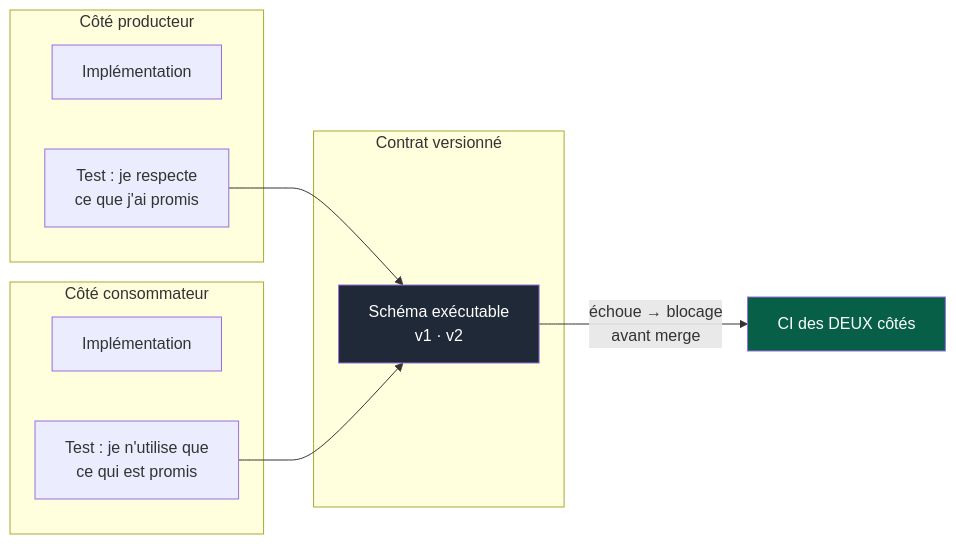
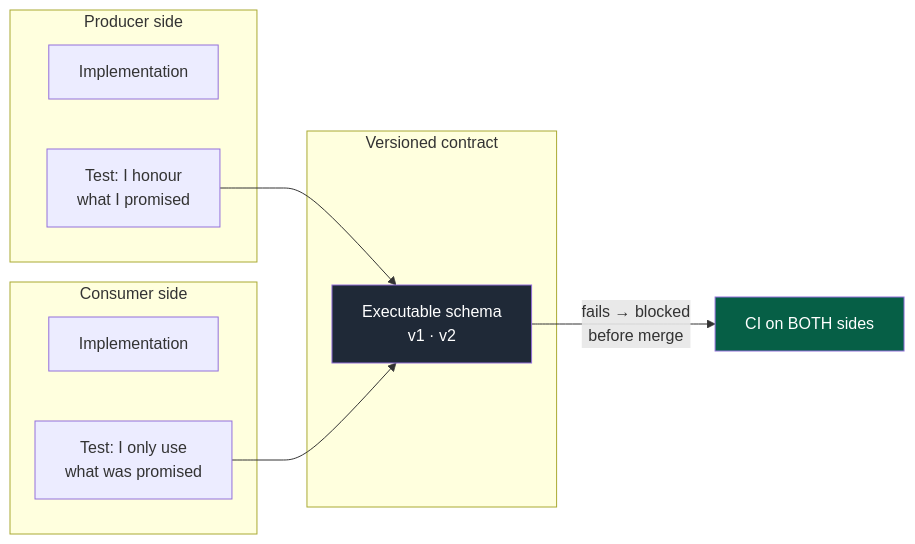
The third of 3 diagrams in skeleton/docs/os/03-contracts.md (NapkinStack/engineering-os), drawn with Mermaid before and after one commit. The commit also changed other lines of this file and 1 other file, not shown here.

````diff
--- a/skeleton/docs/os/03-contracts.md
+++ b/skeleton/docs/os/03-contracts.md
@@ -131,23 +130,23 @@
 ```mermaid
 flowchart LR
-    subgraph PROD["Côté producteur"]
-        P1["Implémentation"]
-        P2["Test : je respecte<br/>ce que j'ai promis"]
+    subgraph PROD["Producer side"]
+        P1["Implementation"]
+        P2["Test: I honour<br/>what I promised"]
     end
 
-    subgraph SPEC["Contrat versionné"]
-        S["Schéma exécutable<br/>v1 · v2"]
+    subgraph SPEC["Versioned contract"]
+        S["Executable schema<br/>v1 · v2"]
     end
 
-    subgraph CONS["Côté consommateur"]
-        C1["Implémentation"]
-        C2["Test : je n'utilise que<br/>ce qui est promis"]
+    subgraph CONS["Consumer side"]
+        C1["Implementation"]
+        C2["Test: I only use<br/>what was promised"]
     end
 
     P2 --> S
     C2 --> S
-    S -->|"échoue → blocage<br/>avant merge"| CI["CI des DEUX côtés"]
+    S -->|"fails → blocked<br/>before merge"| CI["CI on BOTH sides"]
 
     style S fill:#1f2937,color:#fff
     style CI fill:#065f46,color:#fff
 ```
````
